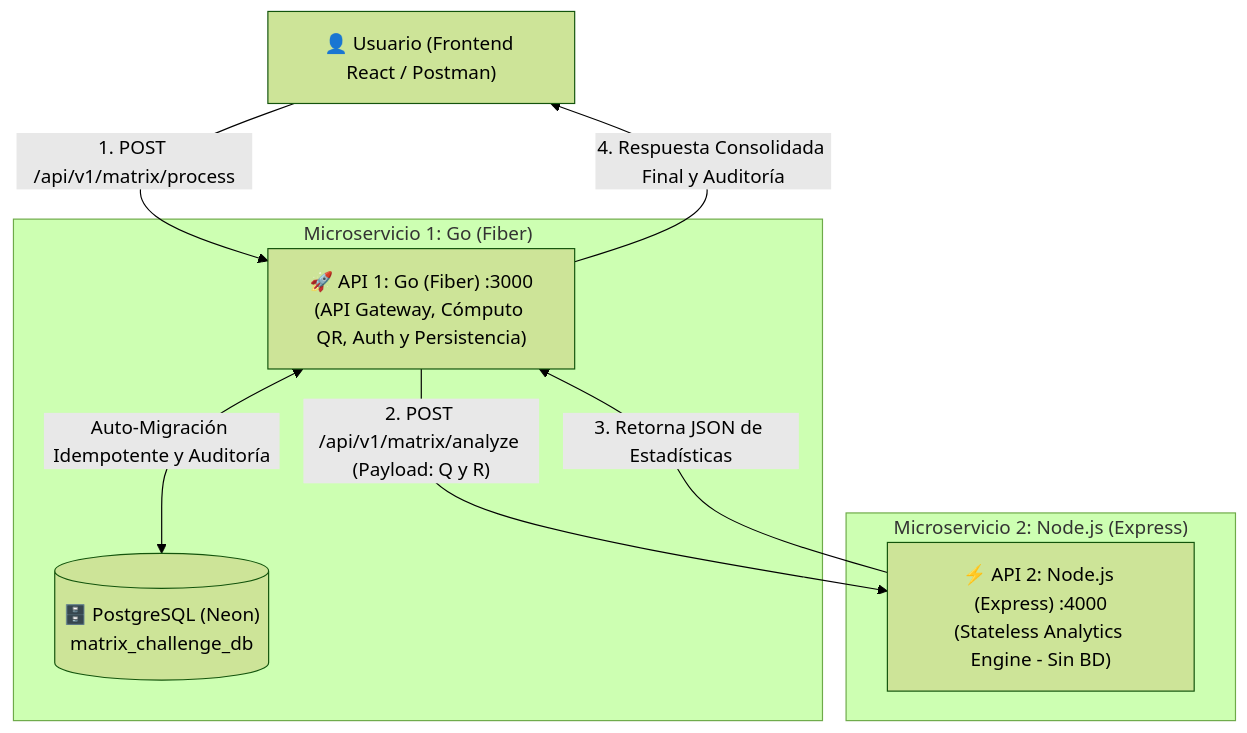
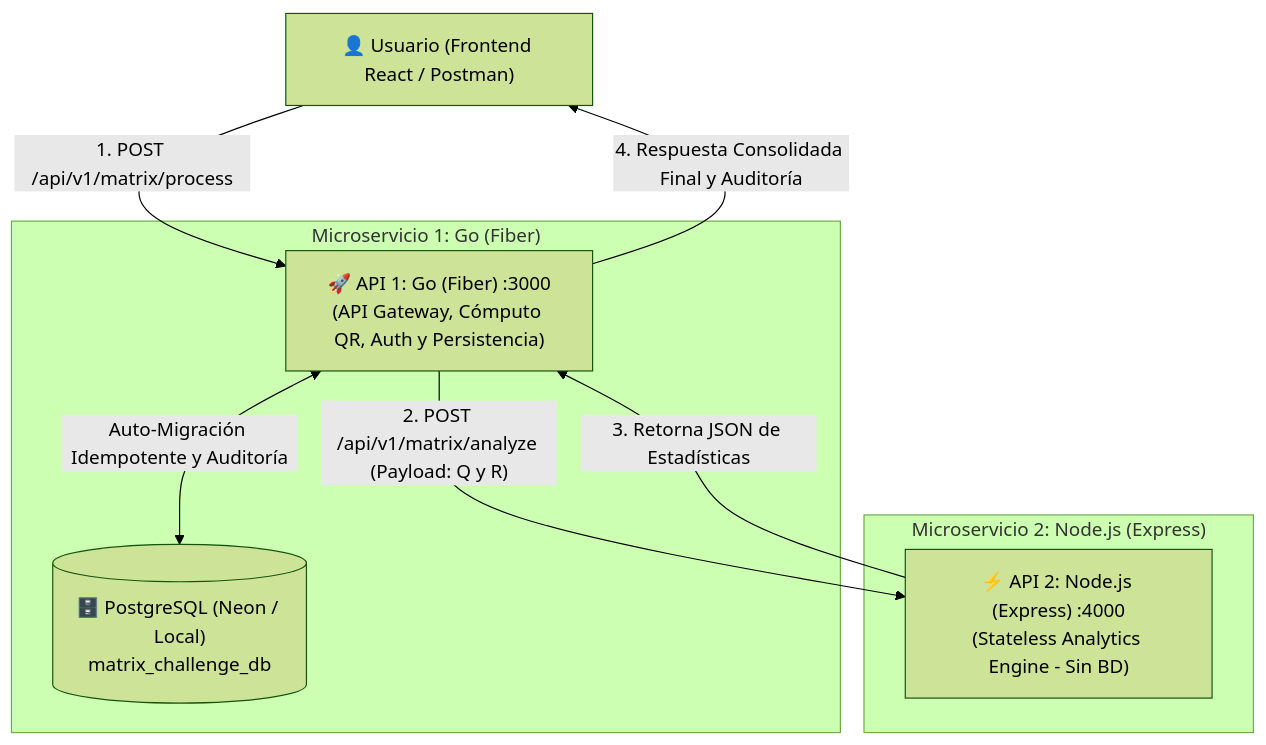
The diagram in README.md (coder-WillGia/pruebaGoNode), drawn with Mermaid (forest theme) before and after one commit. The commit also changed other lines of this file, not shown here.

````diff
--- a/README.md
+++ b/README.md
@@ -11,16 +11,16 @@
 ```mermaid
 flowchart TD
     Cliente["👤 Usuario (Frontend React / Postman)"] -->|"1. POST /api/v1/matrix/process"| GoAPI["🚀 API 1: Go (Fiber) :3000\n(API Gateway, Cómputo QR, Auth y Persistencia)"]
     
     subgraph S1 ["Microservicio 1: Go (Fiber)"]
-        GoAPI <-->|"Auto-Migración Idempotente y Auditoría"| DB[("🗄️ PostgreSQL (Neon)\nmatrix_challenge_db")]
+        GoAPI <-->|"Auto-Migración Idempotente y Auditoría"| DB[("🗄️ PostgreSQL (Neon / Local)\nmatrix_challenge_db")]
     end
     
     subgraph S2 ["Microservicio 2: Node.js (Express)"]
         NodeAPI["⚡ API 2: Node.js (Express) :4000\n(Stateless Analytics Engine - Sin BD)"]
     end
     
     GoAPI -->|"2. POST /api/v1/matrix/analyze (Payload: Q y R)"| NodeAPI
     NodeAPI -->|"3. Retorna JSON de Estadísticas"| GoAPI
     GoAPI -->|"4. Respuesta Consolidada Final y Auditoría"| Cliente
 ```
````
